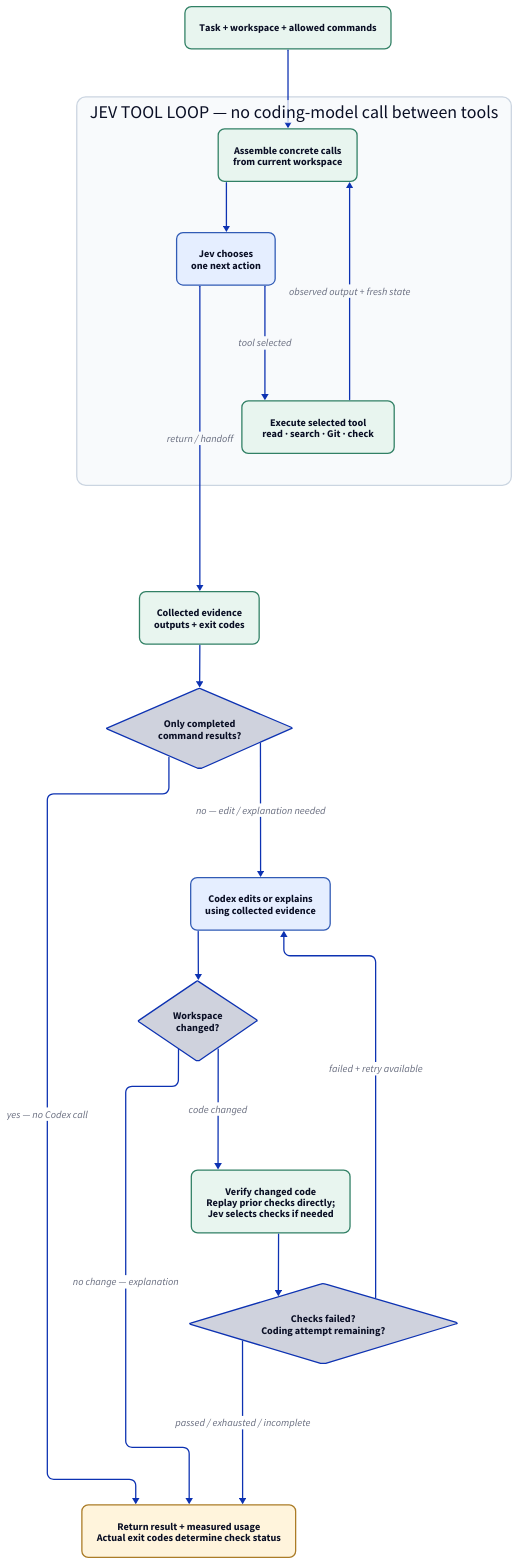
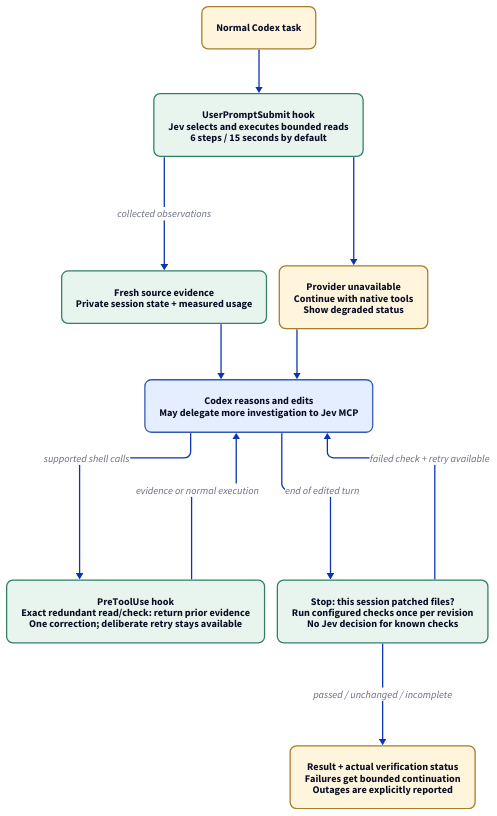
The diagram in docs/diagrams/architecture.d2 (micic-mihajlo/jev-tool-runner), drawn with D2 before and after one commit. The commit also changed 16 other files, not shown here.

Commit message:
Integrate Jev into daily Codex sessions with lifecycle hooks

```diff
--- a/docs/diagrams/architecture.d2
+++ b/docs/diagrams/architecture.d2
@@ -1,41 +1,25 @@
 direction: down
-vars: {
-  d2-config: {
-    layout-engine: elk
-    theme-id: 0
-  }
-}
+vars: {d2-config: {layout-engine: elk; theme-id: 0}}
 classes: {
+  hook: {style: {fill: "#E8F5EF"; stroke: "#318065"; border-radius: 10}}
   model: {style: {fill: "#E5EEFF"; stroke: "#315BB5"; border-radius: 10}}
-  code: {style: {fill: "#E8F5EF"; stroke: "#318065"; border-radius: 10}}
   result: {style: {fill: "#FFF4DC"; stroke: "#AB7C27"; border-radius: 10}}
 }
-task: "Task + workspace + allowed commands" {class: code}
-loop: "JEV TOOL LOOP — no coding-model call between tools" {
-  direction: right
-  style: {fill: "#F8FAFC"; stroke: "#CBD5E1"; border-radius: 14}
-  candidates: "Assemble concrete calls\nfrom current workspace" {class: code}
-  jev: "Jev chooses\none next action" {class: model}
-  execute: "Execute selected tool\nread · search · Git · check" {class: code}
-  candidates -> jev
-  jev -> execute: tool selected
-  execute -> candidates: observed output + fresh state
-}
-evidence: "Collected evidence\noutputs + exit codes" {class: code}
-route: "Only completed\ncommand results?" {shape: diamond}
-coder: "Codex edits or explains\nusing collected evidence" {class: model}
-changed: "Workspace\nchanged?" {shape: diamond}
-verify: "Verify changed code\nReplay prior checks directly;\nJev selects checks if needed" {class: code}
-retry: "Checks failed?\nCoding attempt remaining?" {shape: diamond}
-result: "Return result + measured usage\nActual exit codes determine check status" {class: result}
-task -> loop.candidates
-loop.jev -> evidence: return / handoff
- evidence -> route
-route -> result: yes — no Codex call
-route -> coder: no — edit / explanation needed
-coder -> changed
-changed -> result: no change — explanation
-changed -> verify: code changed
-verify -> retry
-retry -> coder: failed + retry available
-retry -> result: passed / exhausted / incomplete
+prompt: "Normal Codex task" {class: result}
+pre: "UserPromptSubmit hook\nJev selects and executes bounded reads\n6 steps / 15 seconds by default" {class: hook}
+fallback: "Provider unavailable\nContinue with native tools\nShow degraded status" {class: result}
+evidence: "Fresh source evidence\nPrivate session state + measured usage" {class: hook}
+codex: "Codex reasons and edits\nMay delegate more investigation to Jev MCP" {class: model}
+guard: "PreToolUse hook\nExact redundant read/check: return prior evidence\nOne correction; deliberate retry stays available" {class: hook}
+stop: "Stop: this session patched files?\nRun configured checks once per revision\nNo Jev decision for known checks" {class: hook}
+done: "Result + actual verification status\nFailures get bounded continuation\nOutages are explicitly reported" {class: result}
+prompt -> pre
+pre -> evidence: collected observations
+evidence -> codex
+pre -> fallback
+fallback -> codex
+codex -> guard: supported shell calls
+guard -> codex: evidence or normal execution
+codex -> stop: end of edited turn
+stop -> codex: failed check + retry available
+stop -> done: passed / unchanged / incomplete
```
